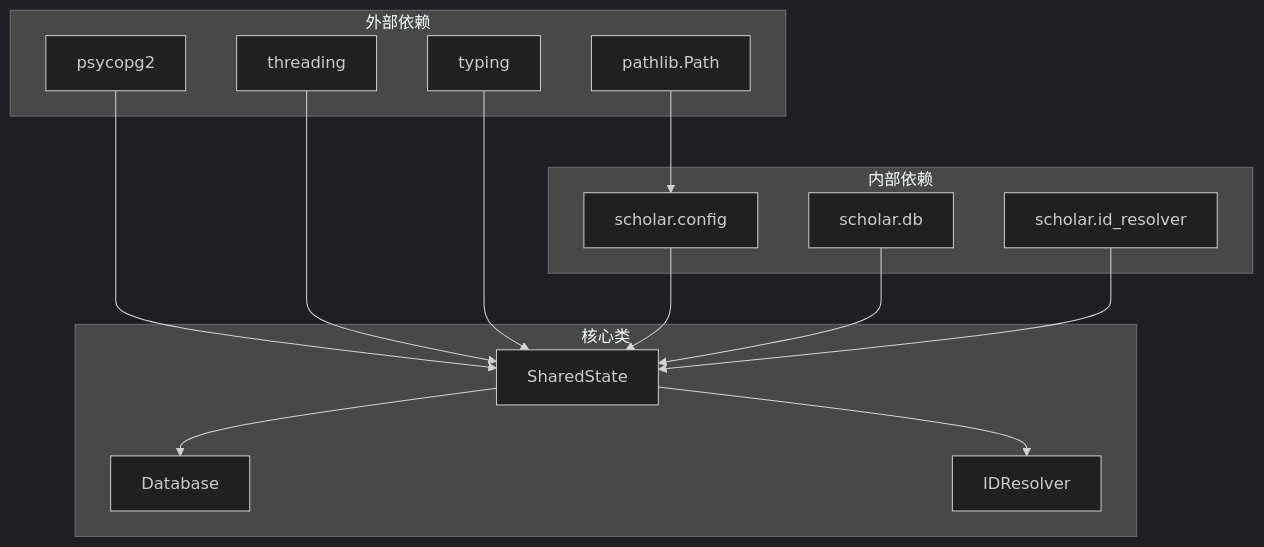
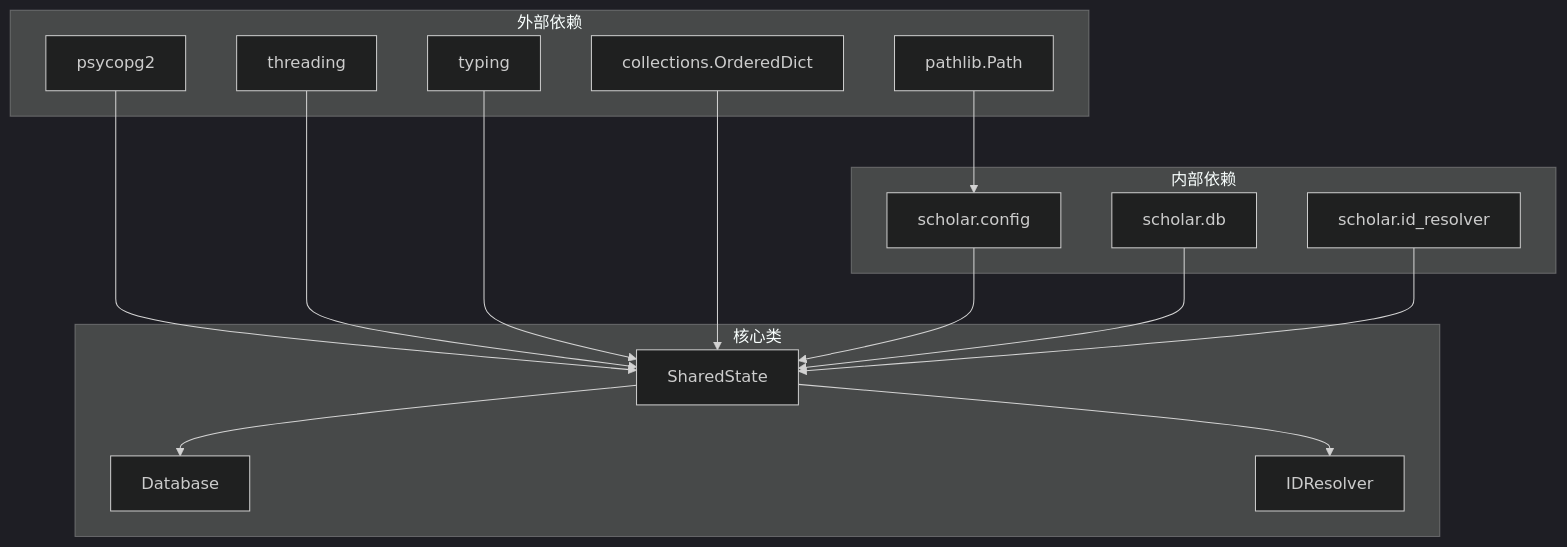
The eighth of 8 diagrams in .qoder/repowiki/zh/content/Python后端系统/共享状态管理系统.md (1173591564/academic-based-qoder), drawn with Mermaid (dark theme) before and after one commit. The commit also changed other lines of this file and 81 other files, not shown here.

````diff
--- a/.qoder/repowiki/zh/content/Python后端系统/共享状态管理系统.md
+++ b/.qoder/repowiki/zh/content/Python后端系统/共享状态管理系统.md
@@ -294,28 +323,30 @@
 ```mermaid
 graph TB
 subgraph "外部依赖"
 A[psycopg2]
 B[threading]
 C[pathlib.Path]
 D[typing]
+E[collections.OrderedDict]
 end
 subgraph "内部依赖"
-E[scholar.config]
-F[scholar.db]
-G[scholar.id_resolver]
+F[scholar.config]
+G[scholar.db]
+H[scholar.id_resolver]
 end
 subgraph "核心类"
-H[SharedState]
-I[Database]
-J[IDResolver]
+I[SharedState]
+J[Database]
+K[IDResolver]
 end
-A --> H
-B --> H
-C --> E
-D --> H
-E --> H
-F --> H
-G --> H
+A --> I
+B --> I
+C --> F
+D --> I
+E --> I
+F --> I
+G --> I
 H --> I
-H --> J
+I --> J
+I --> K
 ```
````
